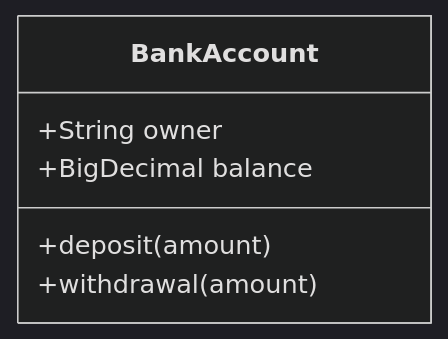
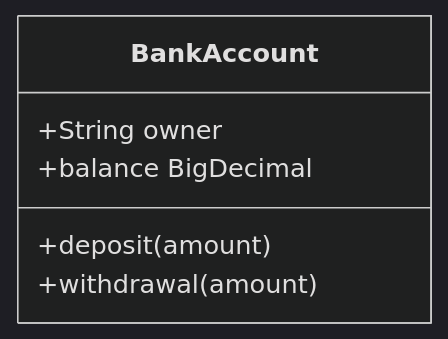
Before and after one commit to mermaid-js/mermaid: the sixth of 25 diagrams in docs/syntax/classDiagram.md, drawn with Mermaid (dark theme). The commit also changed other lines of this file, not shown here.

````diff
--- a/docs/syntax/classDiagram.md
+++ b/docs/syntax/classDiagram.md
@@ -186,8 +188,8 @@
 ```mermaid
 classDiagram
 class BankAccount
 BankAccount : +String owner
-BankAccount : +BigDecimal balance
+BankAccount : +balance BigDecimal
 BankAccount : +deposit(amount)
 BankAccount : +withdrawal(amount)
 ```
````
